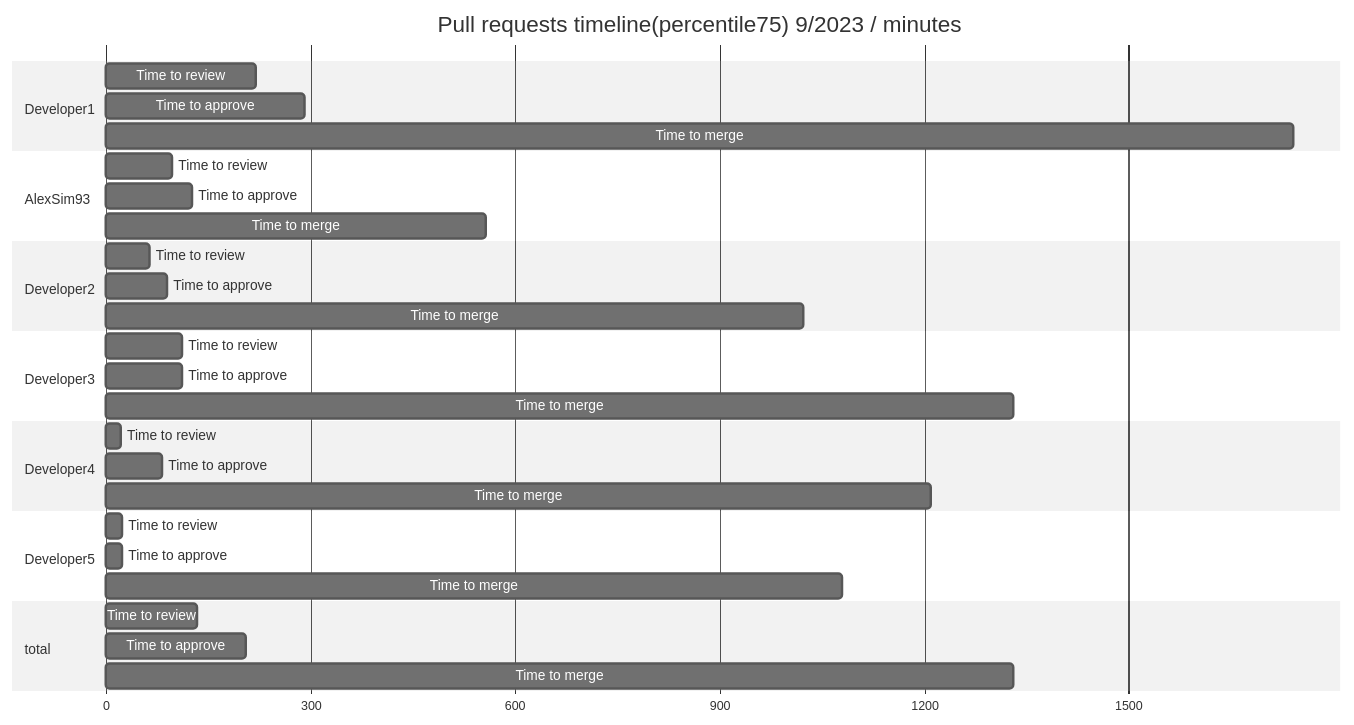
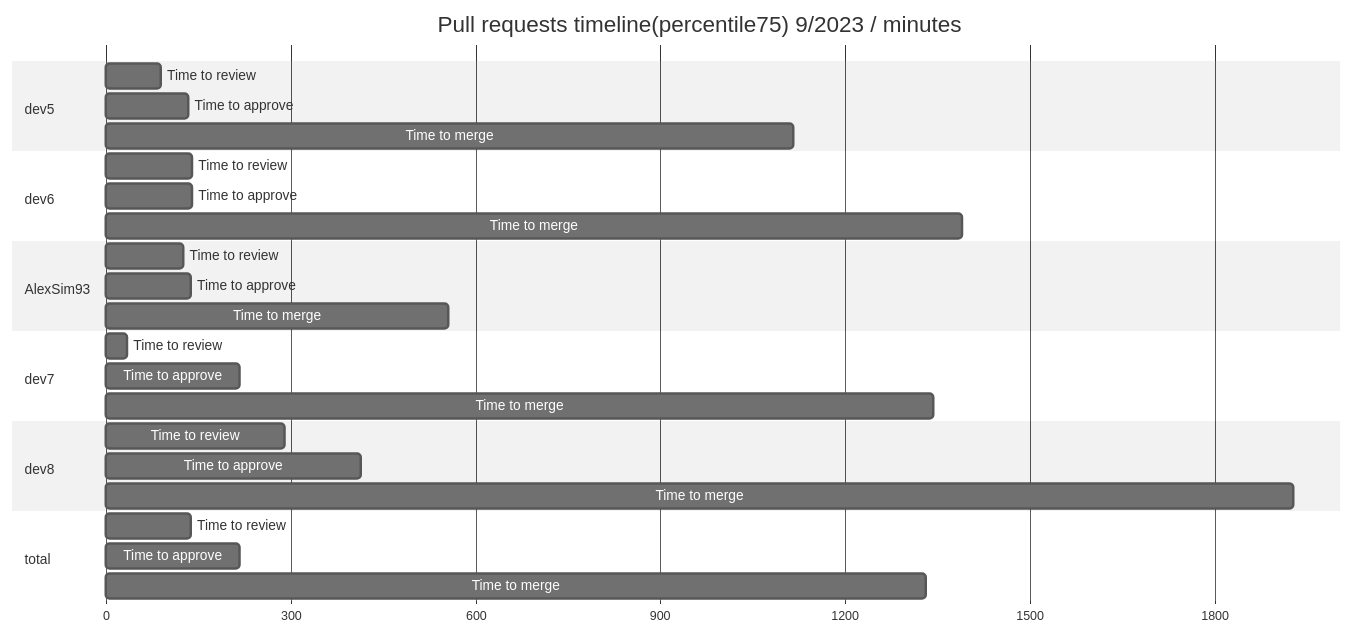
Before and after one commit to AlexSim93/pull-request-analytics-action: diagram 15 of 28 in examples/periodReport.md, drawn with Mermaid (neutral theme). The commit also changed other lines of this file, not shown here.

````diff
--- a/examples/periodReport.md
+++ b/examples/periodReport.md
@@ -481,41 +315,36 @@
 ```mermaid
 gantt
 title Pull requests timeline(percentile75) 9/2023 / minutes
 dateFormat X
 axisFormat %s
-section Developer1
-                Time to review :  0, 219
-Time to approve :  0, 291
-Time to merge :  0, 1741
+section dev5
+                Time to review :  0, 90
+Time to approve :  0, 133
+Time to merge :  0, 1117
+
+section dev6
+                Time to review :  0, 140
+Time to approve :  0, 140
+Time to merge :  0, 1390
 
 section AlexSim93
-                Time to review :  0, 98
-Time to approve :  0, 127
+                Time to review :  0, 125
+Time to approve :  0, 138
 Time to merge :  0, 557
 
-section Developer2
-                Time to review :  0, 65
-Time to approve :  0, 90
-Time to merge :  0, 1022
+section dev7
+                Time to review :  0, 35
+Time to approve :  0, 218
+Time to merge :  0, 1344
 
-section Developer3
-                Time to review :  0, 111
-Time to approve :  0, 111
-Time to merge :  0, 1331
-
-section Developer4
-                Time to review :  0, 22
-Time to approve :  0, 83
-Time to merge :  0, 1210
-
-section Developer5
-                Time to review :  0, 24
-Time to approve :  0, 24
-Time to merge :  0, 1079
+section dev8
+                Time to review :  0, 291
+Time to approve :  0, 413
+Time to merge :  0, 1928
 
 section total
-                Time to review :  0, 133
-Time to approve :  0, 206
+                Time to review :  0, 138
+Time to approve :  0, 218
 Time to merge :  0, 1331
 
 ```
````
